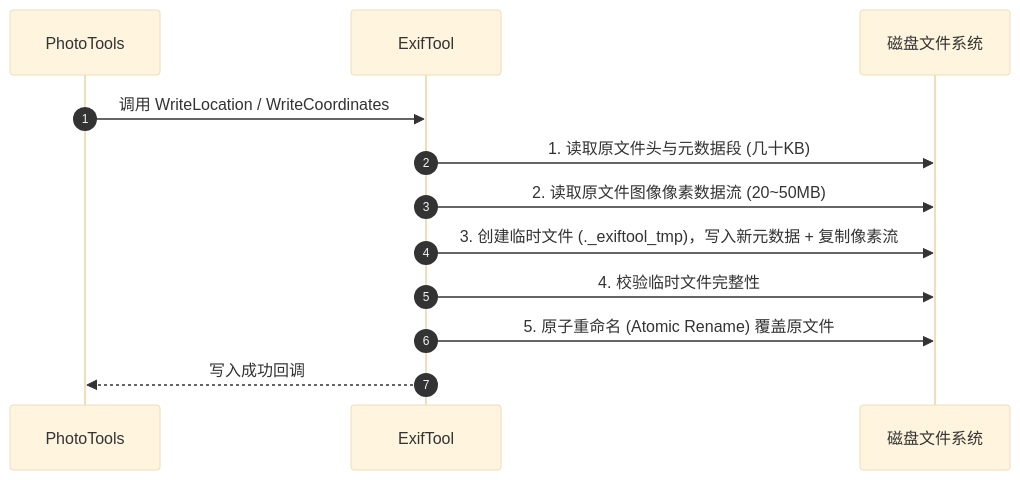
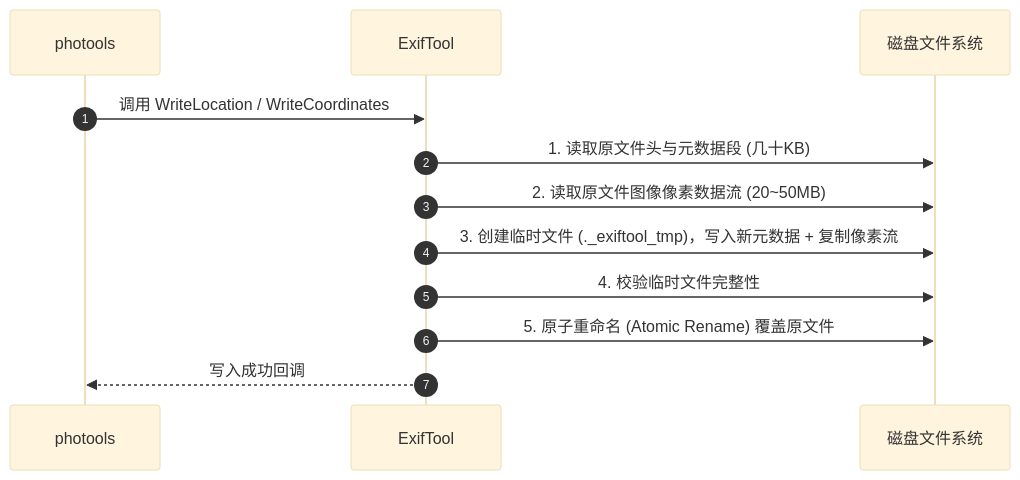
One commit to vincentchyu/photools changed the second of 2 diagrams in docs/EXIFTOOL_IO_AND_SAFETY_DESIGN.md. Above: the diagram before and after it, drawn with Mermaid (base theme). The commit also changed 100 other files, not shown here.

````diff
--- a/docs/EXIFTOOL_IO_AND_SAFETY_DESIGN.md
+++ b/docs/EXIFTOOL_IO_AND_SAFETY_DESIGN.md
@@ -51,15 +51,15 @@
 ```mermaid
 sequenceDiagram
     autonumber
-    participant App as PhotoTools
+    participant App as photools
     participant Tool as ExifTool
     participant Disk as 磁盘文件系统
 
     App->>Tool: 调用 WriteLocation / WriteCoordinates
     Tool->>Disk: 1. 读取原文件头与元数据段 (几十KB)
     Tool->>Disk: 2. 读取原文件图像像素数据流 (20~50MB)
     Tool->>Disk: 3. 创建临时文件 (._exiftool_tmp)，写入新元数据 + 复制像素流
     Tool->>Disk: 4. 校验临时文件完整性
     Tool->>Disk: 5. 原子重命名 (Atomic Rename) 覆盖原文件
     Tool-->>App: 写入成功回调
 ```
````
